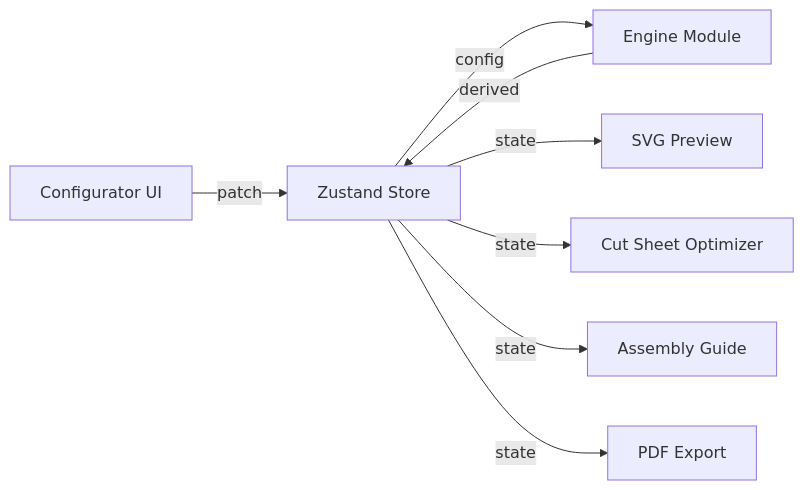
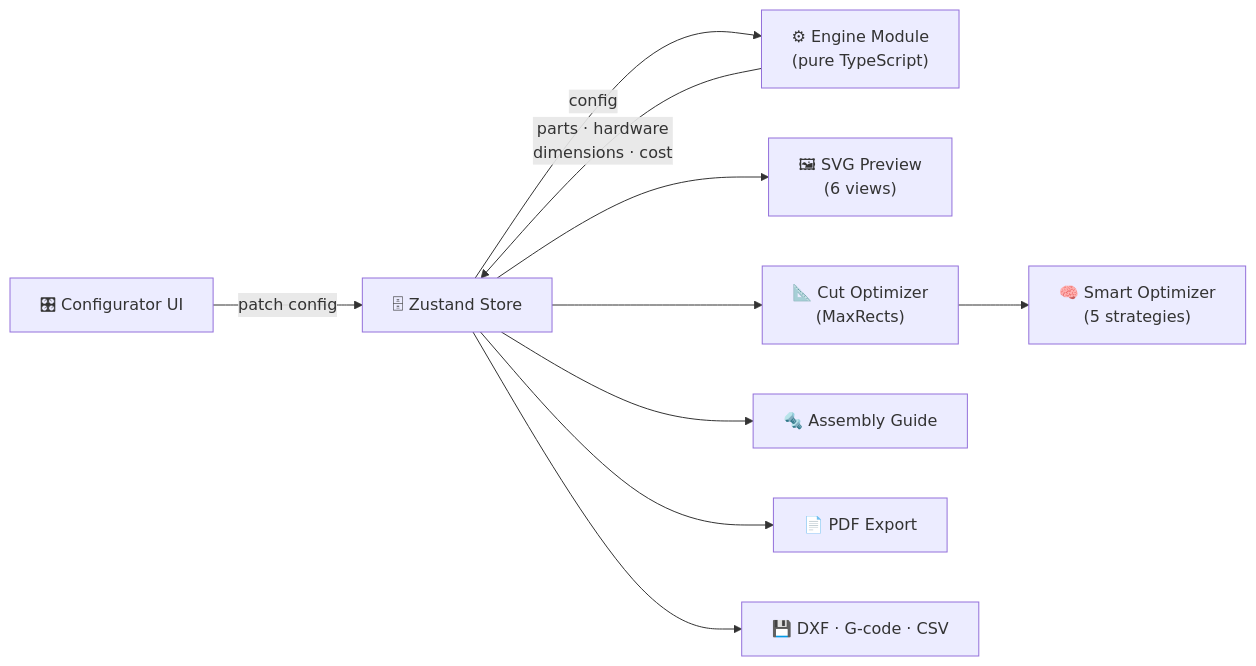
Before and after one commit to RajwanYair/WoodworkingShop: the first of 4 diagrams in docs/ARCHITECTURE.md, drawn with Mermaid. The commit also changed other lines of this file and 11 other files, not shown here.

````diff
--- a/docs/ARCHITECTURE.md
+++ b/docs/ARCHITECTURE.md
@@ -7,10 +11,12 @@
 ```mermaid
 graph LR
-  UI[Configurator UI] -->|patch| Store[Zustand Store]
-  Store -->|config| Engine[Engine Module]
-  Engine -->|derived| Store
-  Store -->|state| Preview[SVG Preview]
-  Store -->|state| Optimizer[Cut Sheet Optimizer]
-  Store -->|state| Assembly[Assembly Guide]
-  Store -->|state| PDF[PDF Export]
+  UI["🎛 Configurator UI"] -->|"patch config"| Store["🗄 Zustand Store"]
+  Store -->|config| Engine["⚙ Engine Module\n(pure TypeScript)"]
+  Engine -->|"parts · hardware\ndimensions · cost"| Store
+  Store --> Preview["🖼 SVG Preview\n(6 views)"]
+  Store --> Optimizer["📐 Cut Optimizer\n(MaxRects)"]
+  Optimizer --> Smart["🧠 Smart Optimizer\n(5 strategies)"]
+  Store --> Assembly["🔩 Assembly Guide"]
+  Store --> PDF["📄 PDF Export"]
+  Store --> Exports["💾 DXF · G-code · CSV"]
 ```
````
